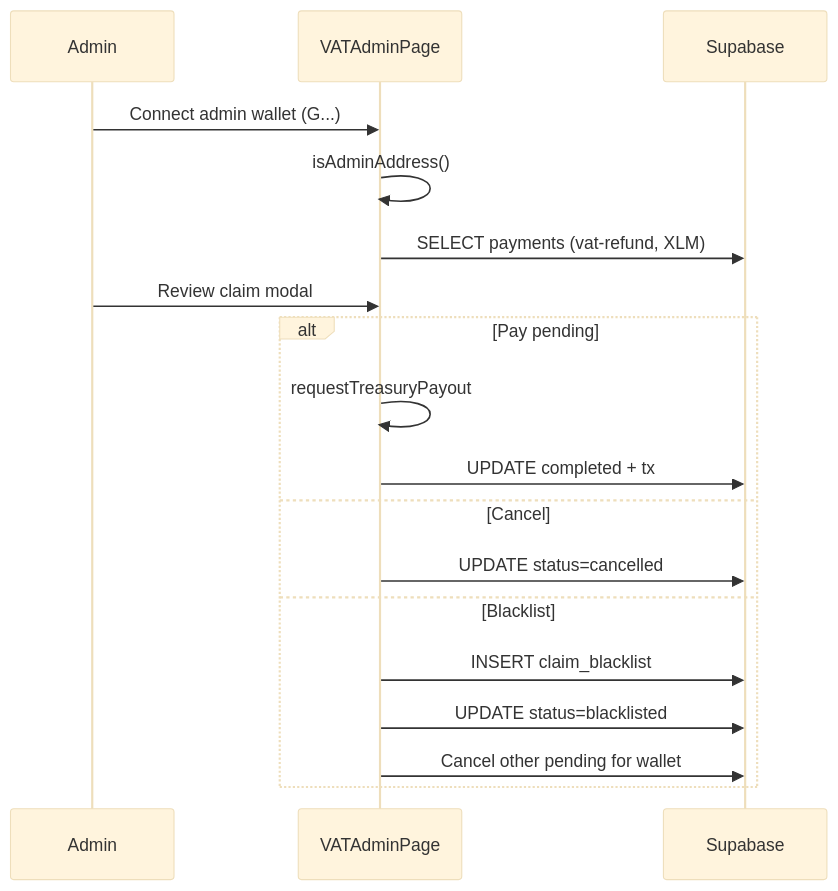
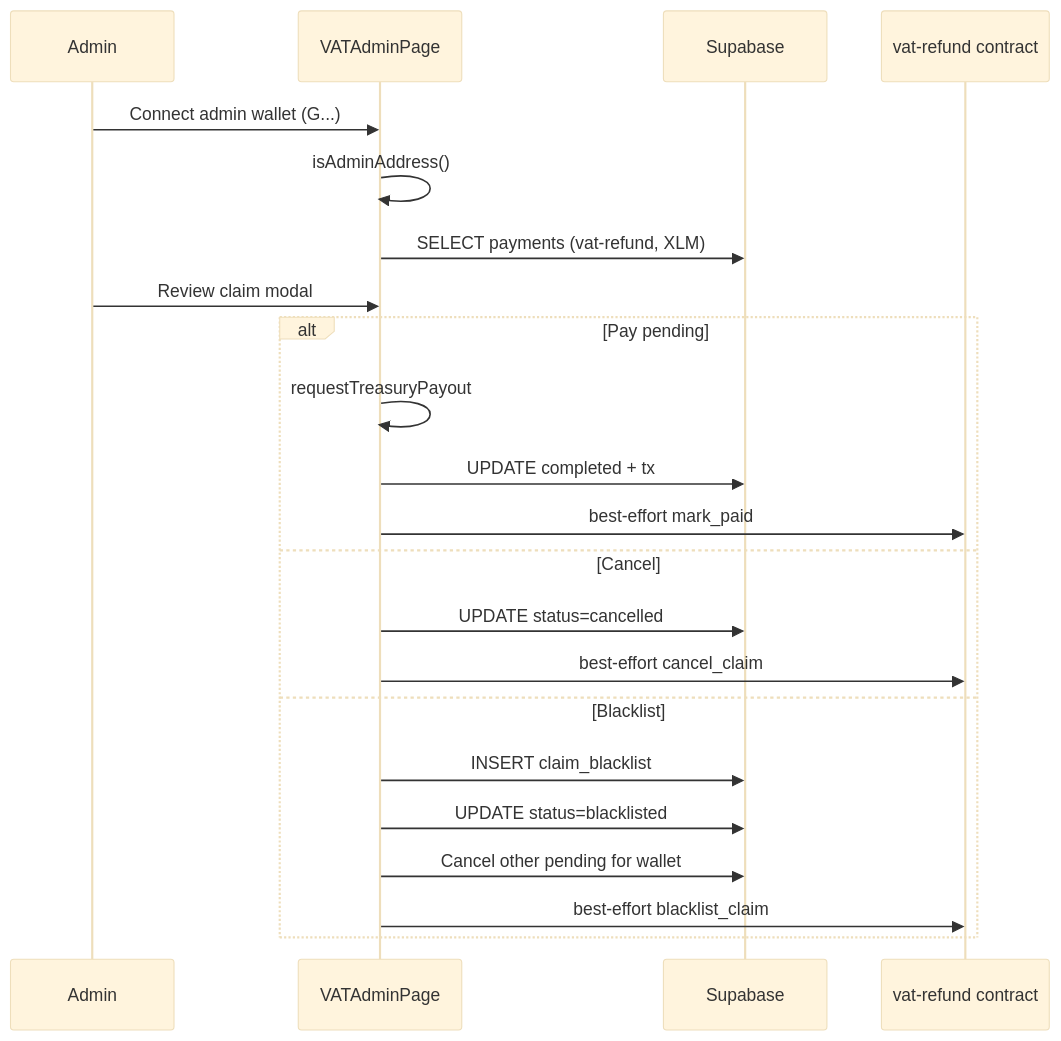
The sixth of 8 diagrams in README.md (AmaanSayyad/Gemetra-XLM), drawn with Mermaid (base theme) before and after one commit. The commit also changed other lines of this file and 14 other files, not shown here.

First line of the commit message:
feat: record live vat-refund deployments on Stellar mainnet

````diff
--- a/README.md
+++ b/README.md
@@ -195,22 +199,26 @@
 ```mermaid
 sequenceDiagram
     participant Admin
     participant UI as VATAdminPage
     participant SB as Supabase
+    participant SC as vat-refund contract
 
     Admin->>UI: Connect admin wallet (G...)
     UI->>UI: isAdminAddress()
     UI->>SB: SELECT payments (vat-refund, XLM)
     Admin->>UI: Review claim modal
 
     alt Pay pending
         UI->>UI: requestTreasuryPayout
         UI->>SB: UPDATE completed + tx
+        UI->>SC: best-effort mark_paid
     else Cancel
         UI->>SB: UPDATE status=cancelled
+        UI->>SC: best-effort cancel_claim
     else Blacklist
         UI->>SB: INSERT claim_blacklist
         UI->>SB: UPDATE status=blacklisted
         UI->>SB: Cancel other pending for wallet
+        UI->>SC: best-effort blacklist_claim
     end
 ```
````
